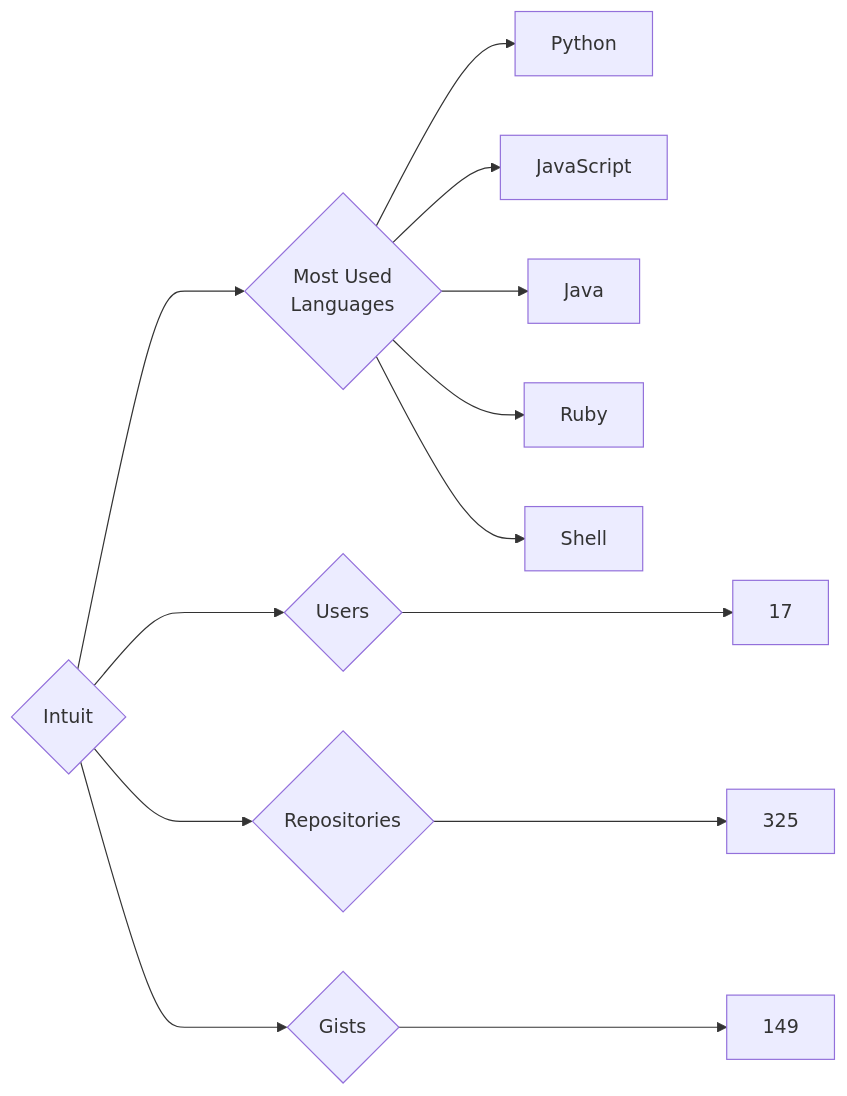
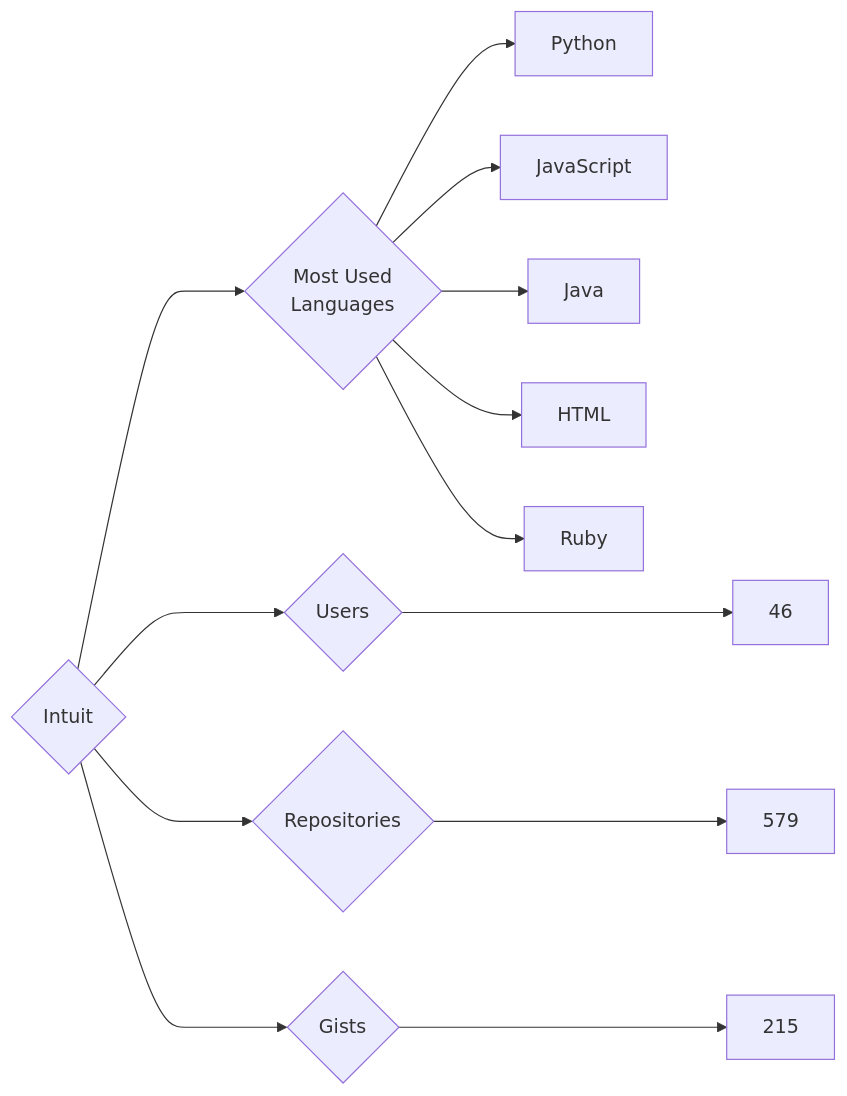
One commit to trickest/insiders changed the diagram in targets/Intuit/README.md. Above: the diagram before and after it, drawn with Mermaid. The commit also changed 757 other files, not shown here.

````diff
--- a/targets/Intuit/README.md
+++ b/targets/Intuit/README.md
@@ -3,13 +3,13 @@
 ```mermaid
 graph LR
 COMPANY_NAME{Intuit}
-COMPANY_NAME ---> U{Users} ---> UN[17]
-COMPANY_NAME ---> R{Repositories} ---> RN[325]
-COMPANY_NAME ---> G{Gists} ---> GN[149]
+COMPANY_NAME ---> U{Users} ---> UN[46]
+COMPANY_NAME ---> R{Repositories} ---> RN[579]
+COMPANY_NAME ---> G{Gists} ---> GN[215]
 COMPANY_NAME ---> ML{Most Used<br>Languages}
 ML --> Python[Python]
 ML --> JavaScript[JavaScript]
 ML --> Java[Java]
+ML --> HTML[HTML]
 ML --> Ruby[Ruby]
-ML --> Shell[Shell]
 ```
````
